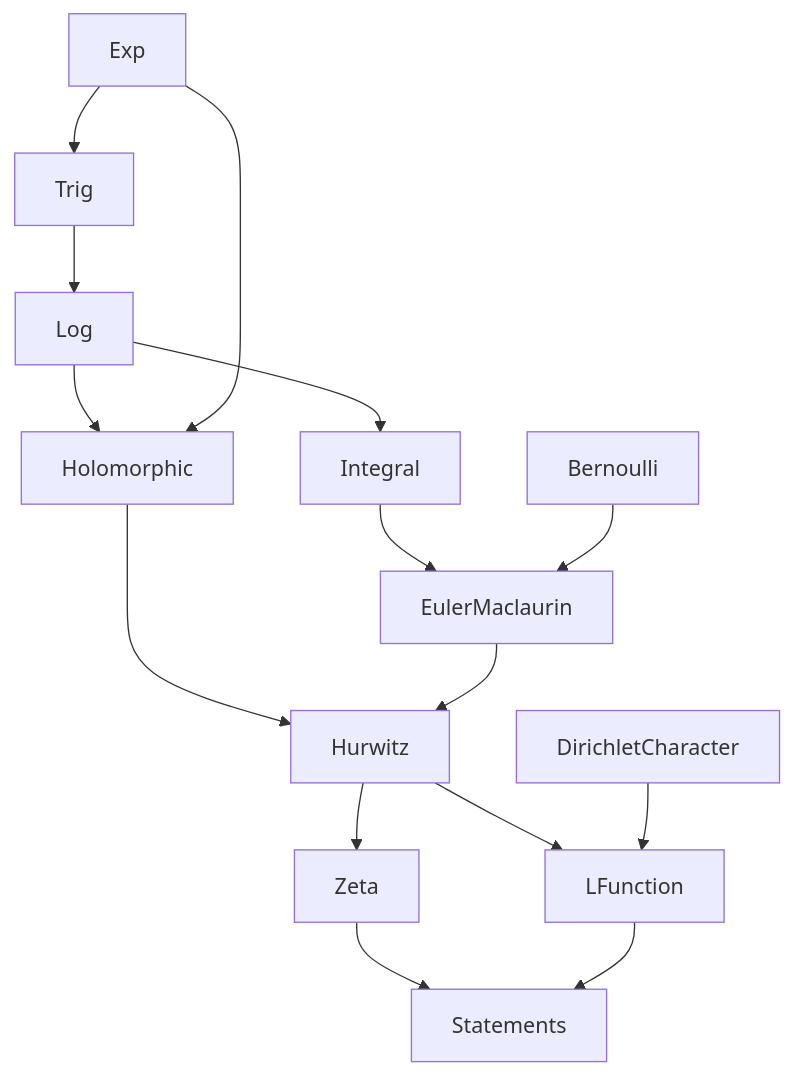
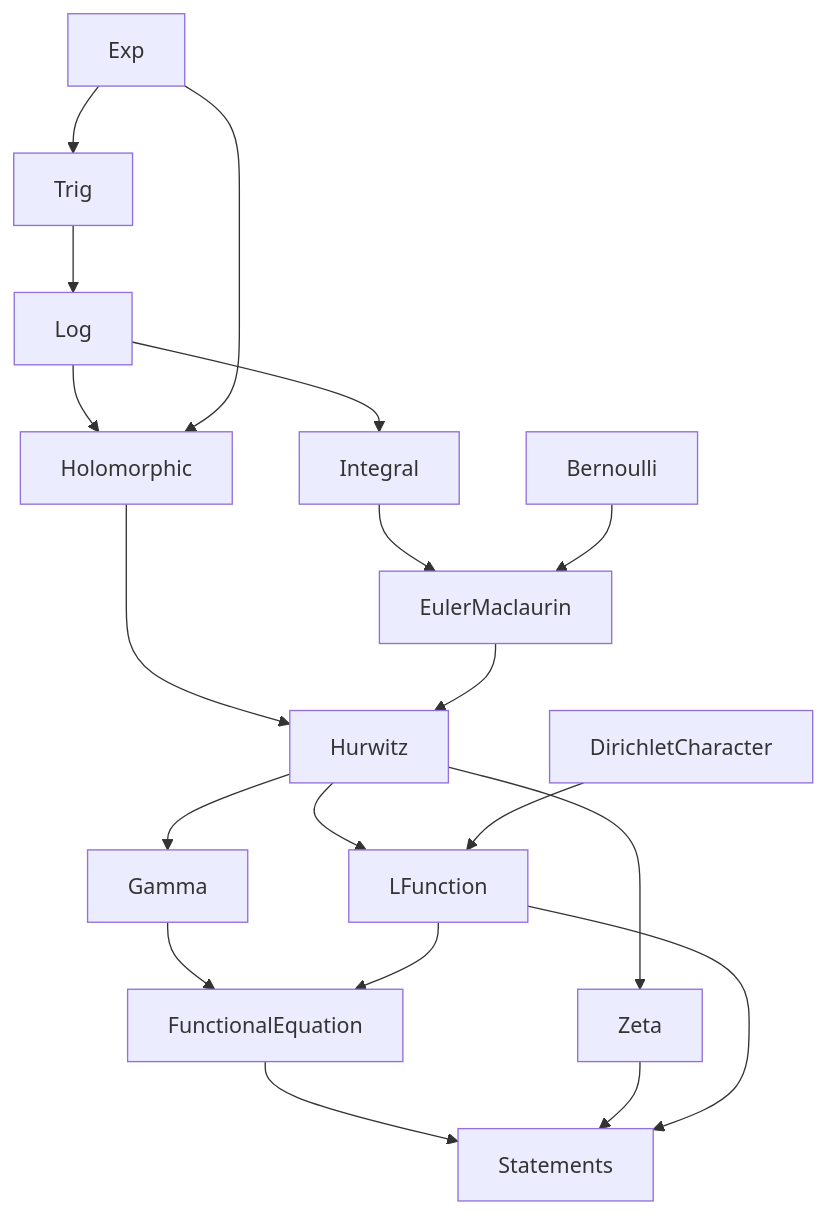
One commit to grace17-prover/grace17 changed the diagram in blueprints/GRH/README.md. Above: the diagram before and after it, drawn with Mermaid. The commit also changed other lines of this file and 3 other files, not shown here.

Commit message:
blueprints: state the Gamma function and the functional equations of ζ and L(s, χ), and prove the two GRH deductions from them

````diff
--- a/blueprints/GRH/README.md
+++ b/blueprints/GRH/README.md
@@ -185,15 +187,19 @@
 ```mermaid
 graph TD
   Exp --> Trig --> Log --> Holomorphic
   Exp --> Holomorphic
   Integral --> EulerMaclaurin
   Bernoulli --> EulerMaclaurin
   Log --> Integral
   Holomorphic --> Hurwitz
   EulerMaclaurin --> Hurwitz
   Hurwitz --> Zeta
   Hurwitz --> LFunction
   DirichletCharacter --> LFunction
+  Hurwitz --> Gamma
+  Gamma --> FunctionalEquation
+  LFunction --> FunctionalEquation
+  FunctionalEquation --> Statements
   Zeta --> Statements
   LFunction --> Statements
 ```
````
